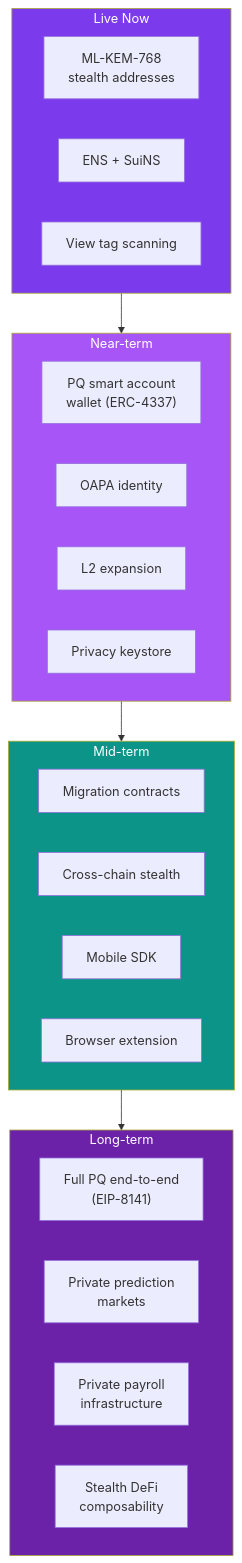
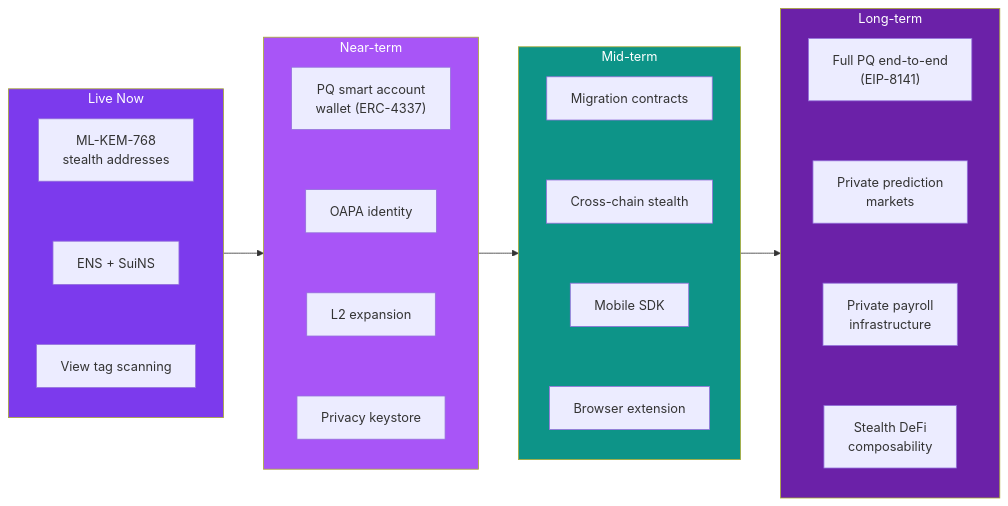
One commit to specter-privacy/docs changed the diagram in docs/roadmap/yet-to-implement.mdx. Above: the diagram before and after it, drawn with Mermaid. The commit also changed other lines of this file and 12 other files, not shown here.

Commit message:
Updated mermaids, made them zoomable, added images

````diff
--- a/docs/roadmap/yet-to-implement.mdx
+++ b/docs/roadmap/yet-to-implement.mdx
@@ -76,36 +77,46 @@
 ```mermaid
-flowchart TD
+flowchart LR
     subgraph Today["Live Now"]
+        direction TB
         A["ML-KEM-768\nstealth addresses"]
         B["ENS + SuiNS"]
         D["View tag scanning"]
+        A --- B --- D
     end
 
     subgraph Near["Near-term"]
+        direction TB
         E["PQ smart account\nwallet (ERC-4337)"]
         F["OAPA identity"]
         G["L2 expansion"]
         H["Privacy keystore"]
+        E --- F --- G --- H
     end
 
     subgraph Mid["Mid-term"]
+        direction TB
         I["Migration contracts"]
         J["Cross-chain stealth"]
         K["Mobile SDK"]
         L["Browser extension"]
+        I --- J --- K --- L
     end
 
     subgraph Long["Long-term"]
+        direction TB
         M["Full PQ end-to-end\n(EIP-8141)"]
         N["Private prediction\nmarkets"]
         O["Private payroll\ninfrastructure"]
         P["Stealth DeFi\ncomposability"]
+        M --- N --- O --- P
     end
 
     Today --> Near --> Mid --> Long
+
+    linkStyle 0,1,2,3,4,5,6,7,8,9,10 stroke-width:0px
 
     style Today fill:#7c3aed,color:#fff
     style Near fill:#a855f7,color:#fff
     style Mid fill:#0d9488,color:#fff
     style Long fill:#6b21a8,color:#fff
 ```
````
